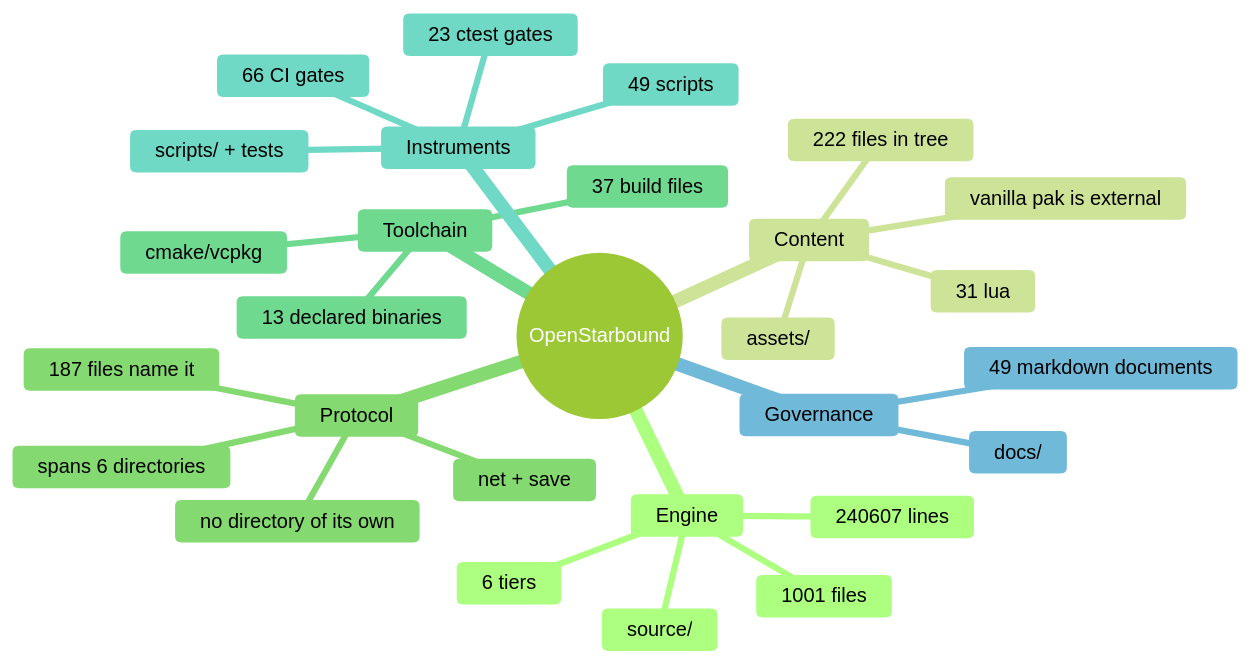
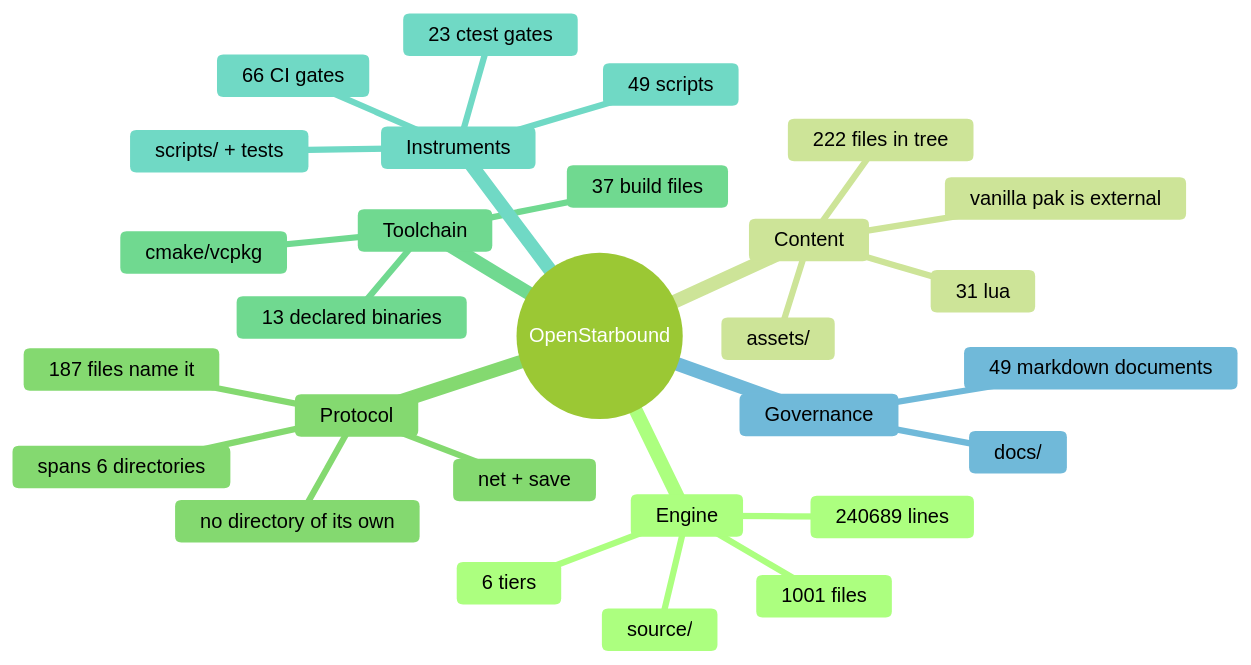
One commit to apnex/OpenStarbound changed the second of 11 diagrams in docs/architecture/system-boundaries.md. Above: the diagram before and after it, drawn with Mermaid (forest theme). The commit also changed other lines of this file and 3 other files, not shown here.

````diff
--- a/docs/architecture/system-boundaries.md
+++ b/docs/architecture/system-boundaries.md
@@ -166,31 +166,31 @@
 ```mermaid
 mindmap
   root((OpenStarbound))
     Engine
       source/
       1001 files
-      240607 lines
+      240689 lines
       6 tiers
     Content
       assets/
       222 files in tree
       31 lua
       vanilla pak is external
     Protocol
       net + save
       187 files name it
       spans 6 directories
       no directory of its own
     Toolchain
       cmake/vcpkg
       37 build files
       13 declared binaries
     Instruments
       scripts/ + tests
       49 scripts
       23 ctest gates
       66 CI gates
     Governance
       docs/
       49 markdown documents
 ```
````
